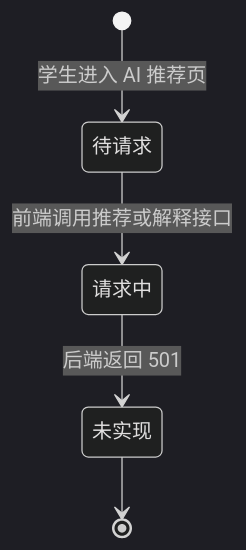
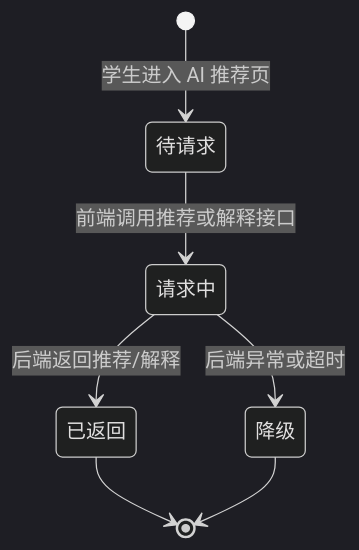
One commit to EmergentTwilight/Smart-Teaching-Service-System changed diagram 13 of 26 in docs/requirements_report/requirements-report.md. Above: the diagram before and after it, drawn with Mermaid (dark theme). The commit also changed other lines of this file and 3 other files, not shown here.

````diff
--- a/docs/requirements_report/requirements-report.md
+++ b/docs/requirements_report/requirements-report.md
@@ -1792,7 +1792,9 @@
 ```mermaid
 stateDiagram-v2
   [*] --> 待请求: 学生进入 AI 推荐页
   待请求 --> 请求中: 前端调用推荐或解释接口
-  请求中 --> 未实现: 后端返回 501
-  未实现 --> [*]
+  请求中 --> 已返回: 后端返回推荐/解释
+  请求中 --> 降级: 后端异常或超时
+  已返回 --> [*]
+  降级 --> [*]
 ```
````
